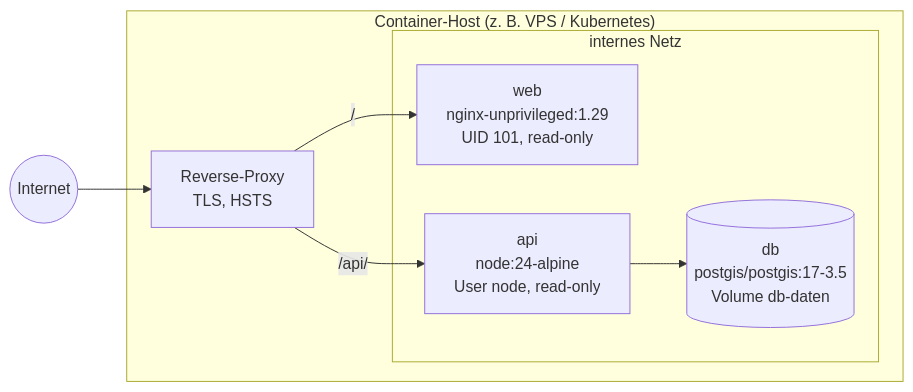
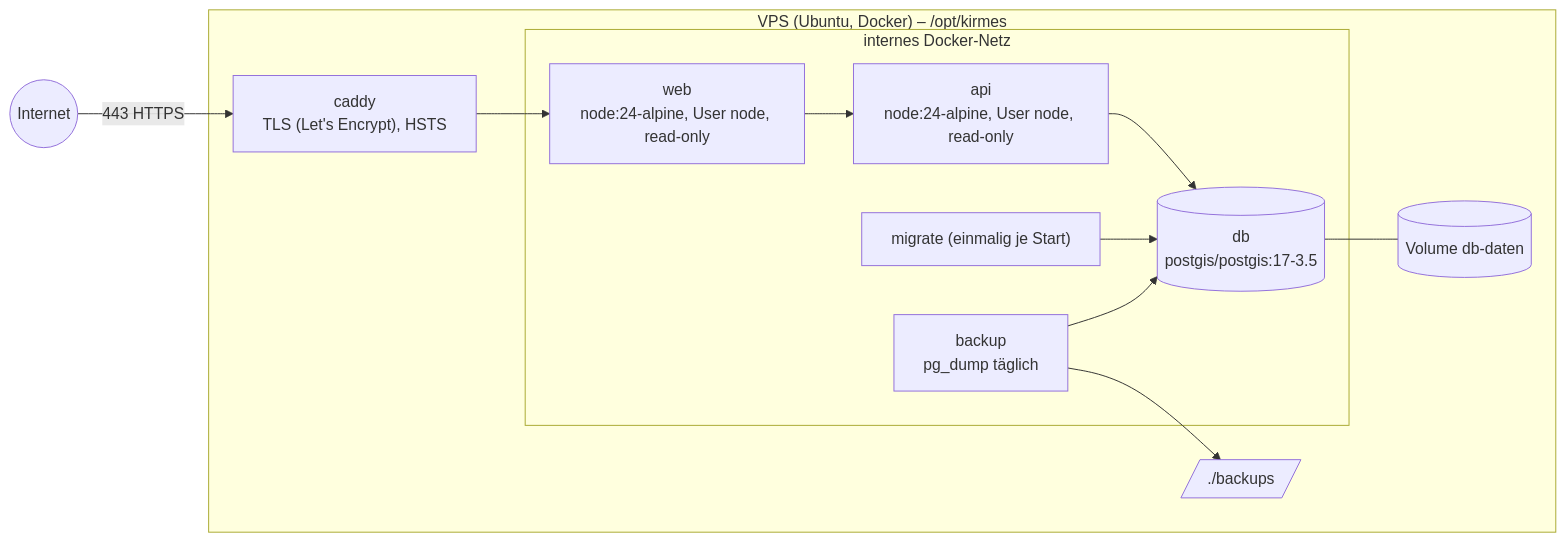
Before and after one commit to dschaell/kirmes-thueringen: the diagram in docs/architecture/07-verteilungssicht.md, drawn with Mermaid. The commit also changed other lines of this file and 65 other files, not shown here.

````diff
--- a/docs/architecture/07-verteilungssicht.md
+++ b/docs/architecture/07-verteilungssicht.md
@@ -3,15 +11,21 @@
 ```mermaid
 flowchart LR
-  subgraph Host["Container-Host (z. B. VPS / Kubernetes)"]
-    RP["Reverse-Proxy<br/>TLS, HSTS"]
-    subgraph netz["internes Netz"]
-      W["web<br/>nginx-unprivileged:1.29<br/>UID 101, read-only"]
-      A["api<br/>node:24-alpine<br/>User node, read-only"]
-      P[("db<br/>postgis/postgis:17-3.5<br/>Volume db-daten")]
+  Internet((Internet)) -->|443 HTTPS| C
+  subgraph Host["VPS (Ubuntu, Docker) – /opt/kirmes"]
+    C["caddy<br/>TLS (Let's Encrypt), HSTS"]
+    subgraph netz["internes Docker-Netz"]
+      W["web<br/>node:24-alpine, User node, read-only"]
+      A["api<br/>node:24-alpine, User node, read-only"]
+      M["migrate (einmalig je Start)"]
+      P[("db<br/>postgis/postgis:17-3.5")]
+      B["backup<br/>pg_dump täglich"]
     end
+    V[(Volume db-daten)]
+    D[/./backups/]
   end
-  Internet((Internet)) --> RP
-  RP -->|/ | W
-  RP -->|/api/| A
-  A --> P
+  C --> W --> A --> P
+  M --> P
+  B --> P
+  P --- V
+  B --> D
 ```
````
